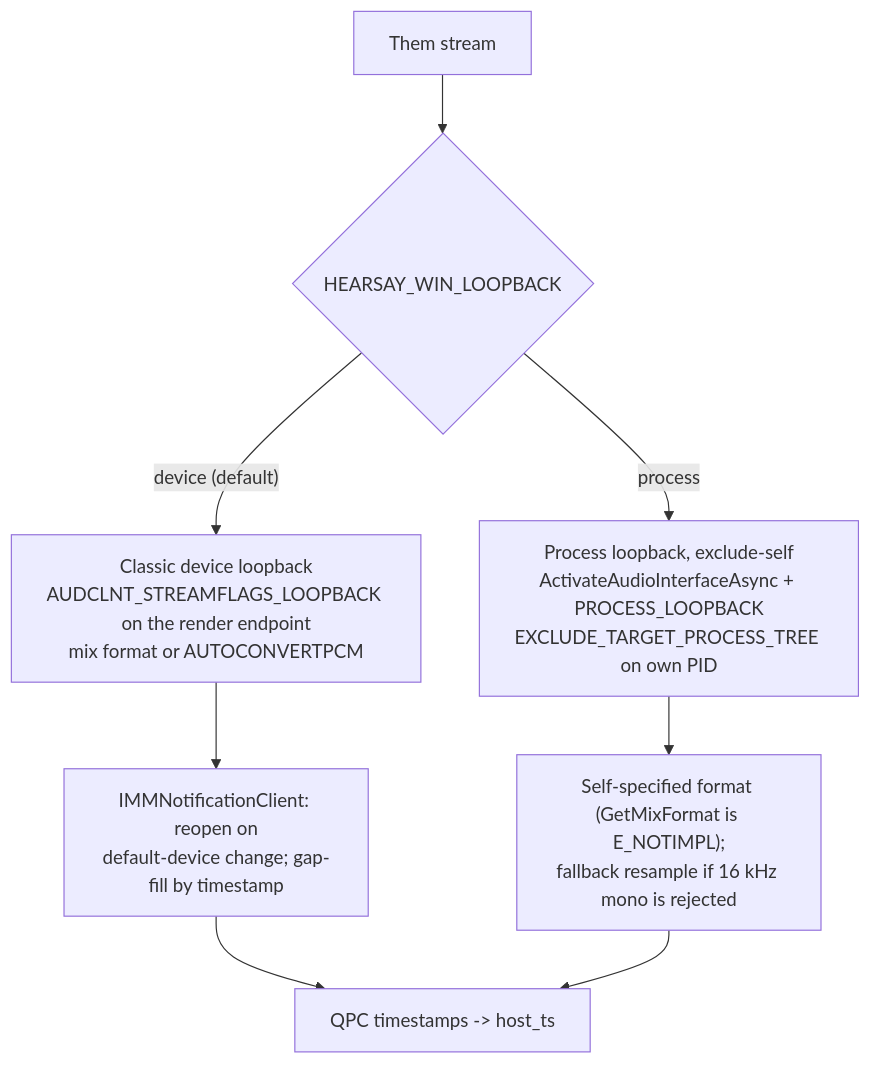
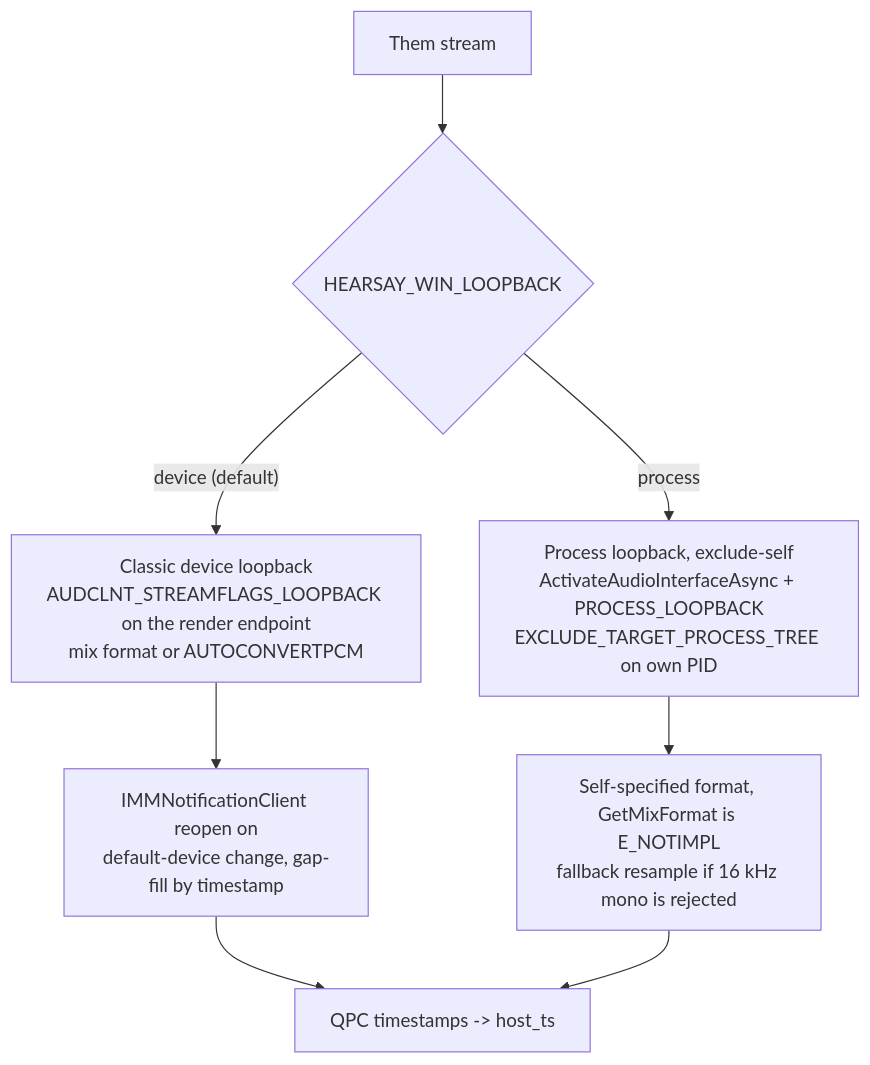
One commit to rwiseman87/hearsay changed the diagram in docs/windows-port.md. Above: the diagram before and after it, drawn with Mermaid. The commit also changed other lines of this file and 17 other files, not shown here.

````diff
--- a/docs/windows-port.md
+++ b/docs/windows-port.md
@@ -46,10 +46,10 @@
 ```mermaid
 flowchart TD
     them["Them stream"] --> mode{"HEARSAY_WIN_LOOPBACK"}
     mode -->|"device (default)"| classic["Classic device loopback<br/>AUDCLNT_STREAMFLAGS_LOOPBACK on the render endpoint<br/>mix format or AUTOCONVERTPCM"]
     mode -->|process| exclude["Process loopback, exclude-self<br/>ActivateAudioInterfaceAsync + PROCESS_LOOPBACK<br/>EXCLUDE_TARGET_PROCESS_TREE on own PID"]
-    classic --> route["IMMNotificationClient: reopen on<br/>default-device change; gap-fill by timestamp"]
-    exclude --> fmt["Self-specified format (GetMixFormat is E_NOTIMPL);<br/>fallback resample if 16 kHz mono is rejected"]
+    classic --> route["IMMNotificationClient reopen on<br/>default-device change, gap-fill by timestamp"]
+    exclude --> fmt["Self-specified format, GetMixFormat is E_NOTIMPL<br/>fallback resample if 16 kHz mono is rejected"]
     route --> clock["QPC timestamps -> host_ts"]
     fmt --> clock
 ```
````
